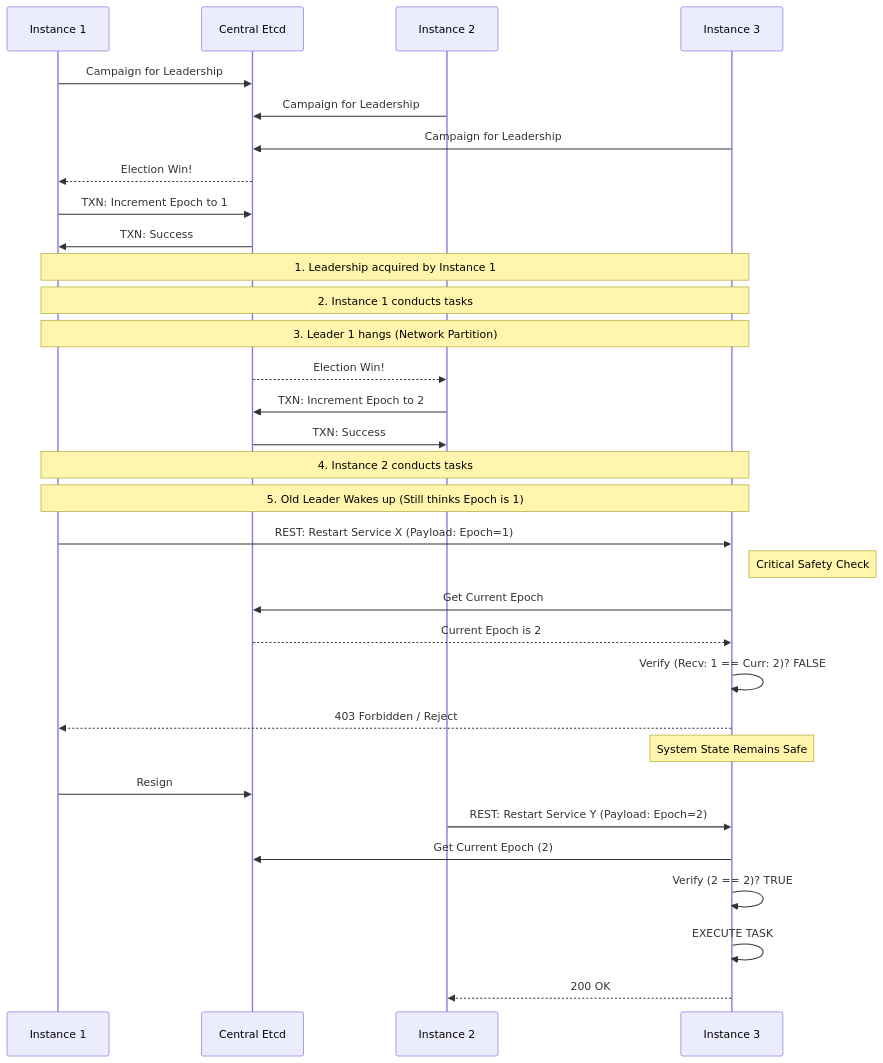
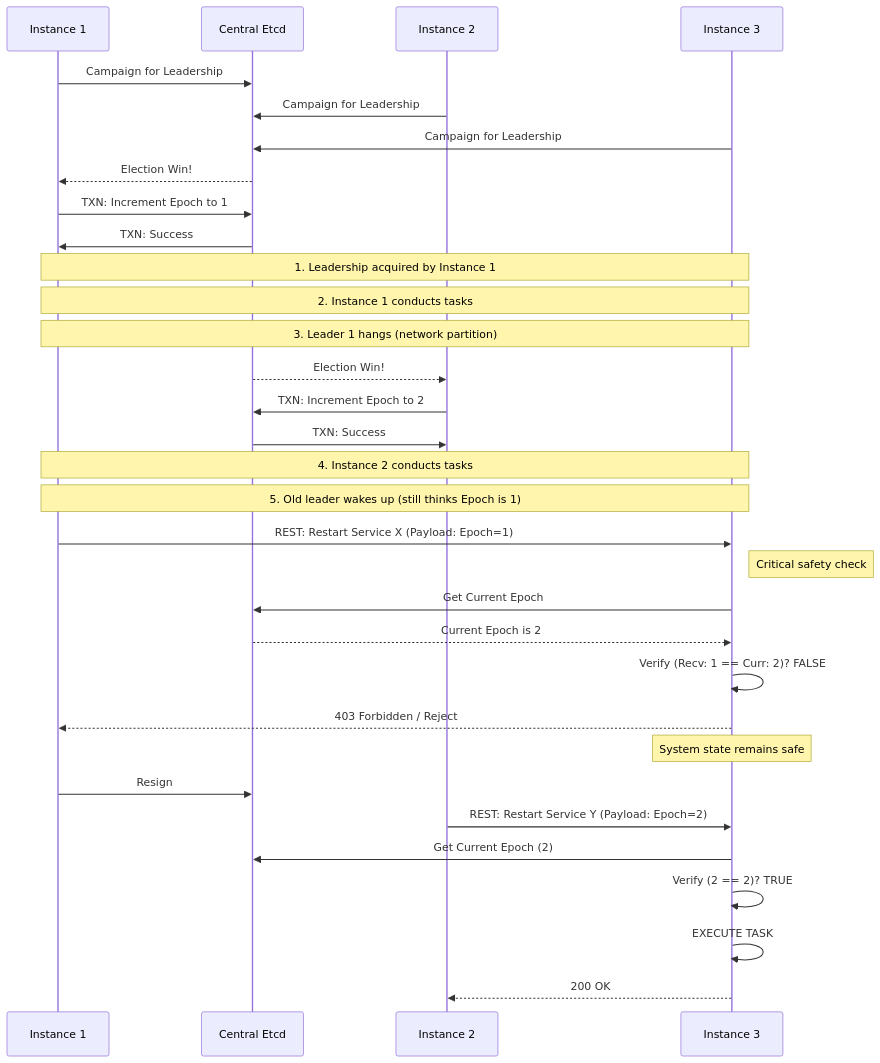
Before and after one commit to esadakcam/conductor: the diagram in docs/zombi-leader.md, drawn with Mermaid. The commit also changed 3 other files, not shown here.

````diff
--- a/docs/zombi-leader.md
+++ b/docs/zombi-leader.md
@@ -1,44 +1,44 @@
 ```mermaid
 sequenceDiagram
     participant OldLeader as Instance 1
     participant DB as Central Etcd
     participant NewLeader as Instance 2
     participant Follower as Instance 3
 
     OldLeader->>DB: Campaign for Leadership
     NewLeader->>DB: Campaign for Leadership
     Follower->>DB: Campaign for Leadership
     DB-->>OldLeader: Election Win!
     OldLeader->>DB: TXN: Increment Epoch to 1
     DB->>OldLeader: TXN: Success
 
     Note over OldLeader, Follower: 1. Leadership acquired by Instance 1
     Note over OldLeader, Follower: 2. Instance 1 conducts tasks
-    Note over OldLeader, Follower: 3. Leader 1 hangs (Network Partition)
+    Note over OldLeader, Follower: 3. Leader 1 hangs (network partition)
 
     DB-->>NewLeader: Election Win!
     NewLeader->>DB: TXN: Increment Epoch to 2
     DB->>NewLeader: TXN: Success
     Note over OldLeader, Follower: 4. Instance 2 conducts tasks
 
-    Note over OldLeader, Follower: 5. Old Leader Wakes up (Still thinks Epoch is 1)
+    Note over OldLeader, Follower: 5. Old leader wakes up (still thinks Epoch is 1)
 
     OldLeader->>Follower: REST: Restart Service X (Payload: Epoch=1)
 
-    Note right of Follower: Critical Safety Check
+    Note right of Follower: Critical safety check
     Follower->>DB: Get Current Epoch
     DB-->>Follower: Current Epoch is 2
 
     Follower->>Follower: Verify (Recv: 1 == Curr: 2)? FALSE
     Follower-->>OldLeader: 403 Forbidden / Reject
 
-    Note over Follower: System State Remains Safe
+    Note over Follower: System state remains safe
 
     OldLeader->>DB: Resign
 
     NewLeader->>Follower: REST: Restart Service Y (Payload: Epoch=2)
     Follower->>DB: Get Current Epoch (2)
     Follower->>Follower: Verify (2 == 2)? TRUE
     Follower->>Follower: EXECUTE TASK
     Follower-->>NewLeader: 200 OK
 ```
````
